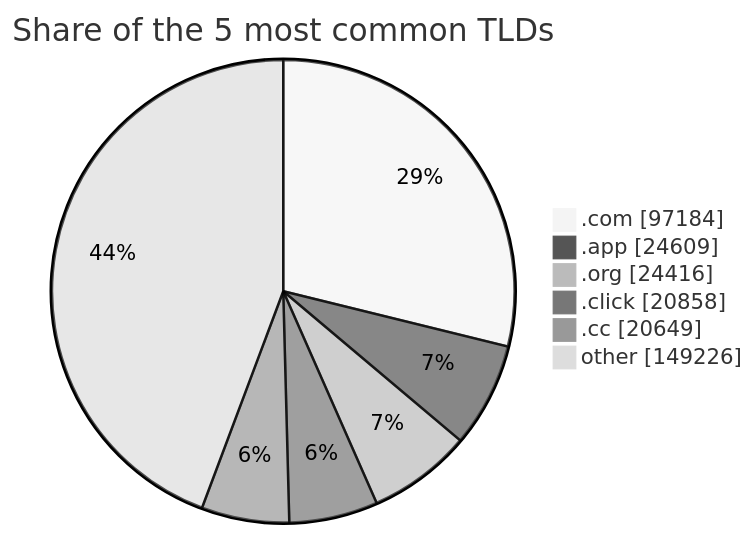
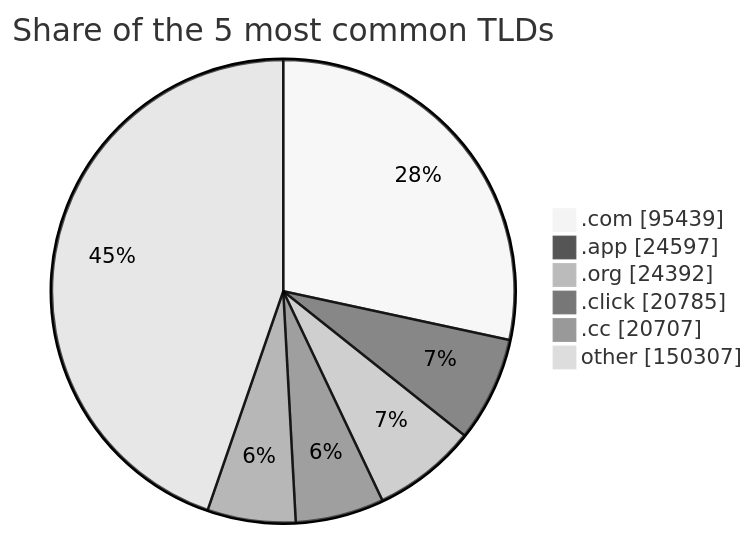
One commit to DNSBunker/CTI changed the third of 3 diagrams in README.md. Above: the diagram before and after it, drawn with Mermaid (neutral theme). The commit also changed other lines of this file and 4 other files, not shown here.

````diff
--- a/README.md
+++ b/README.md
@@ -81,9 +81,9 @@
 ```mermaid
 pie showData title Share of the 5 most common TLDs
-    ".com" : 97184
-    ".app" : 24609
-    ".org" : 24416
-    ".click" : 20858
-    ".cc" : 20649
-    "other" : 149226
+    ".com" : 95439
+    ".app" : 24597
+    ".org" : 24392
+    ".click" : 20785
+    ".cc" : 20707
+    "other" : 150307
 ```
````
